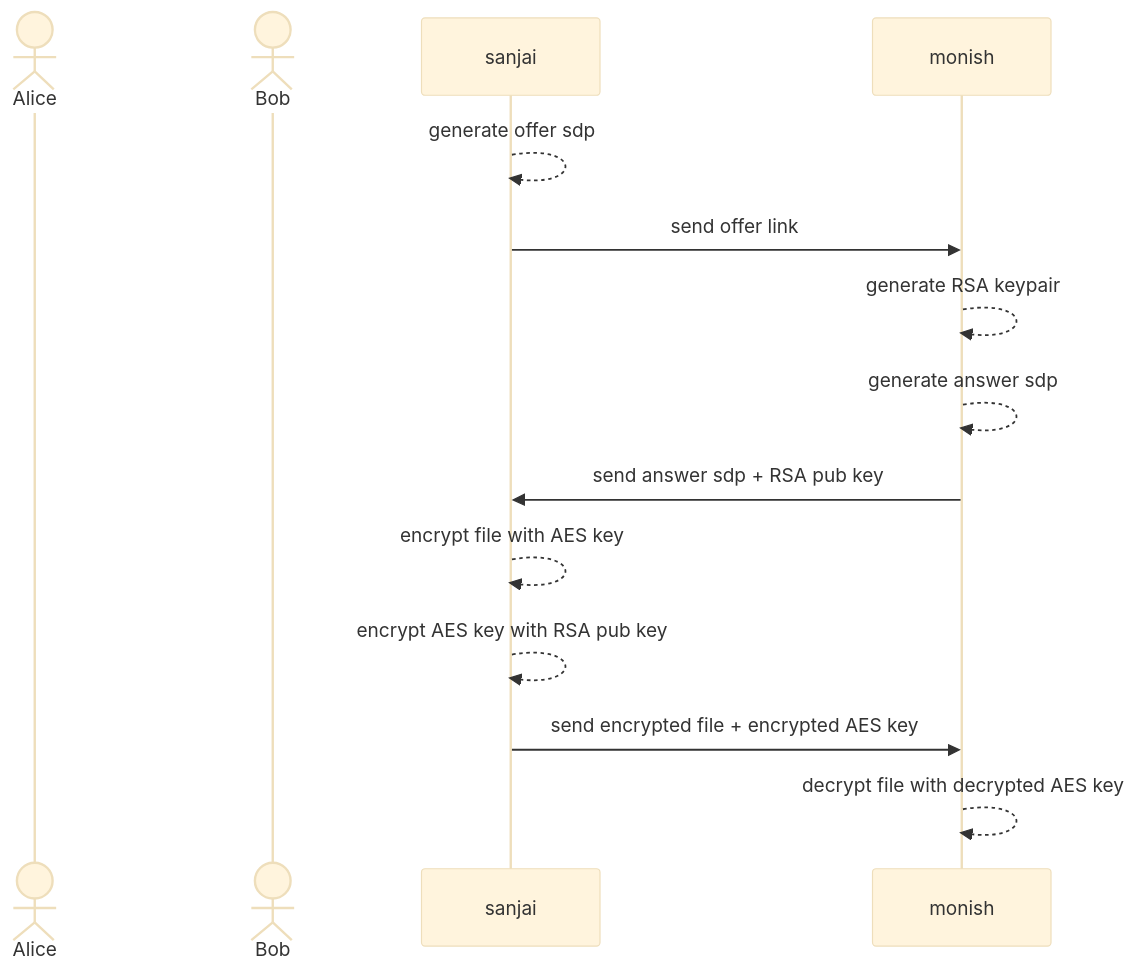
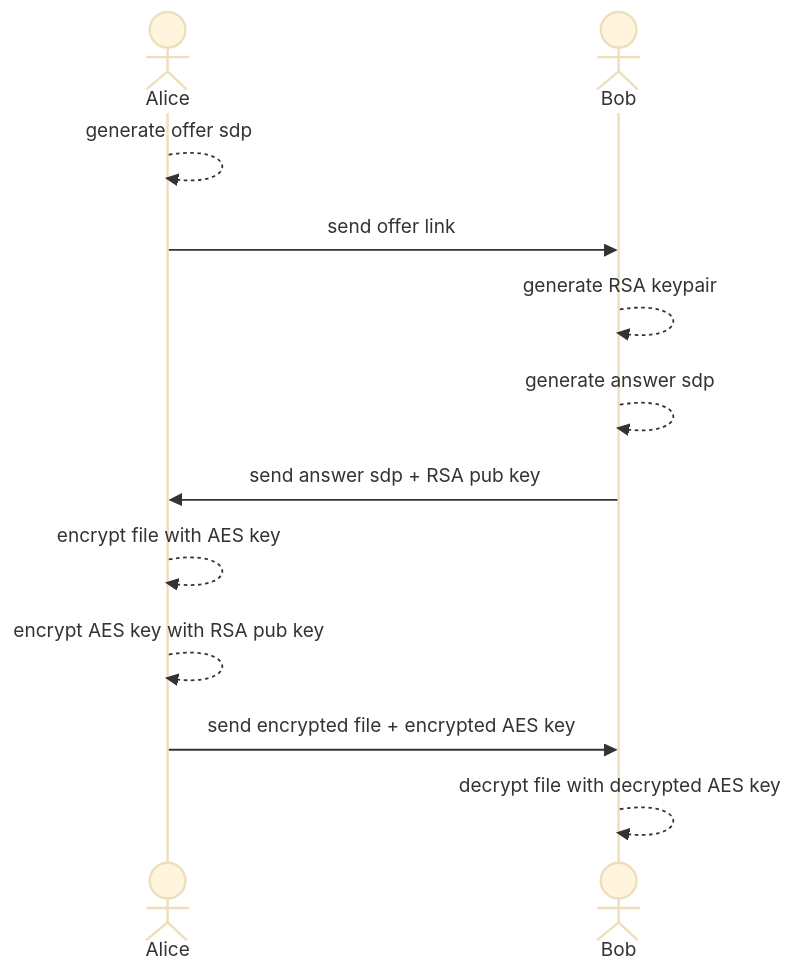
Before and after one commit to Sanjai-Shaarugesh/Shadow-net: the second of 2 diagrams in README.md, drawn with Mermaid (base theme). The commit also changed other lines of this file, not shown here.

Commit message:
few doc changes

````diff
--- a/README.md
+++ b/README.md
@@ -77,14 +77,14 @@
 ```mermaid
 sequenceDiagram
     actor Alice
     actor Bob
-    sanjai-->>sanjai: generate offer sdp
-    sanjai->>monish: send offer link
-    monish-->>monish: generate RSA keypair
-    monish-->>monish: generate answer sdp
-    monish->>sanjai: send answer sdp + RSA pub key
-    sanjai-->>sanjai: encrypt file with AES key
-    sanjai-->>sanjai: encrypt AES key with RSA pub key
-    sanjai->>monish: send encrypted file + encrypted AES key
-    monish-->>monish: decrypt file with decrypted AES key
+    Alice-->>Alice: generate offer sdp
+    Alice->>Bob: send offer link
+    Bob-->>Bob: generate RSA keypair
+    Bob-->>Bob: generate answer sdp
+    Bob->>Alice: send answer sdp + RSA pub key
+    Alice-->>Alice: encrypt file with AES key
+    Alice-->>Alice: encrypt AES key with RSA pub key
+    Alice->>Bob: send encrypted file + encrypted AES key
+    Bob-->>Bob: decrypt file with decrypted AES key
 ```
````
